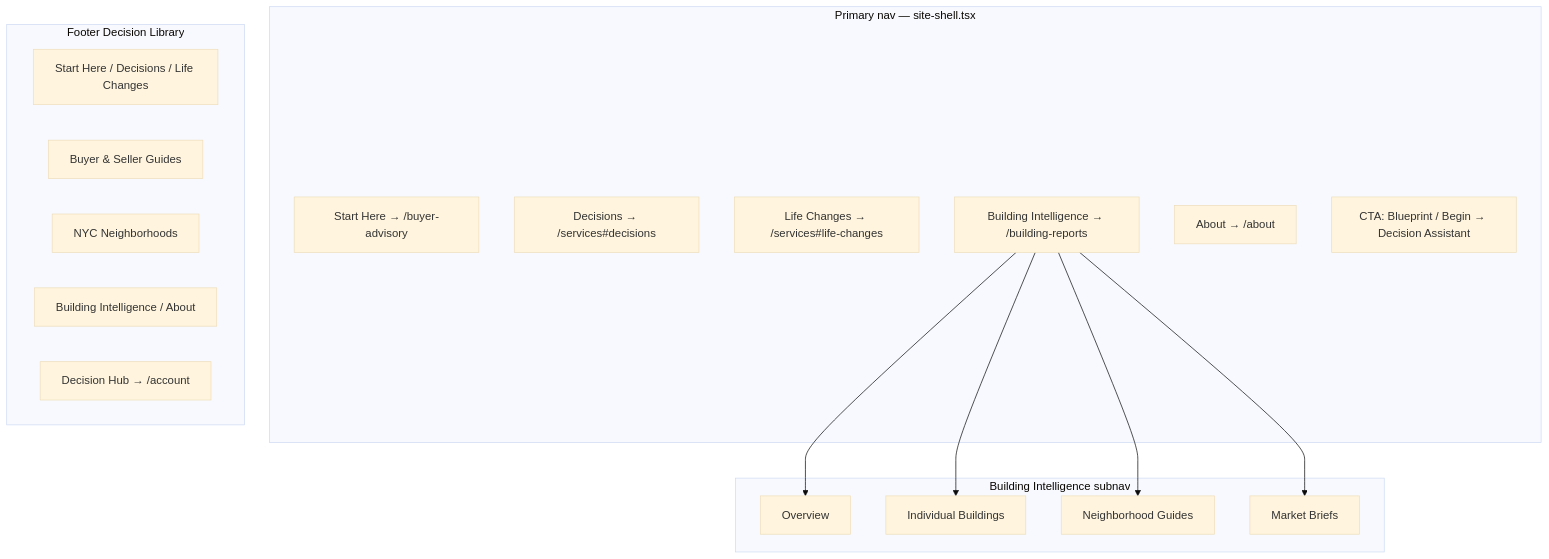
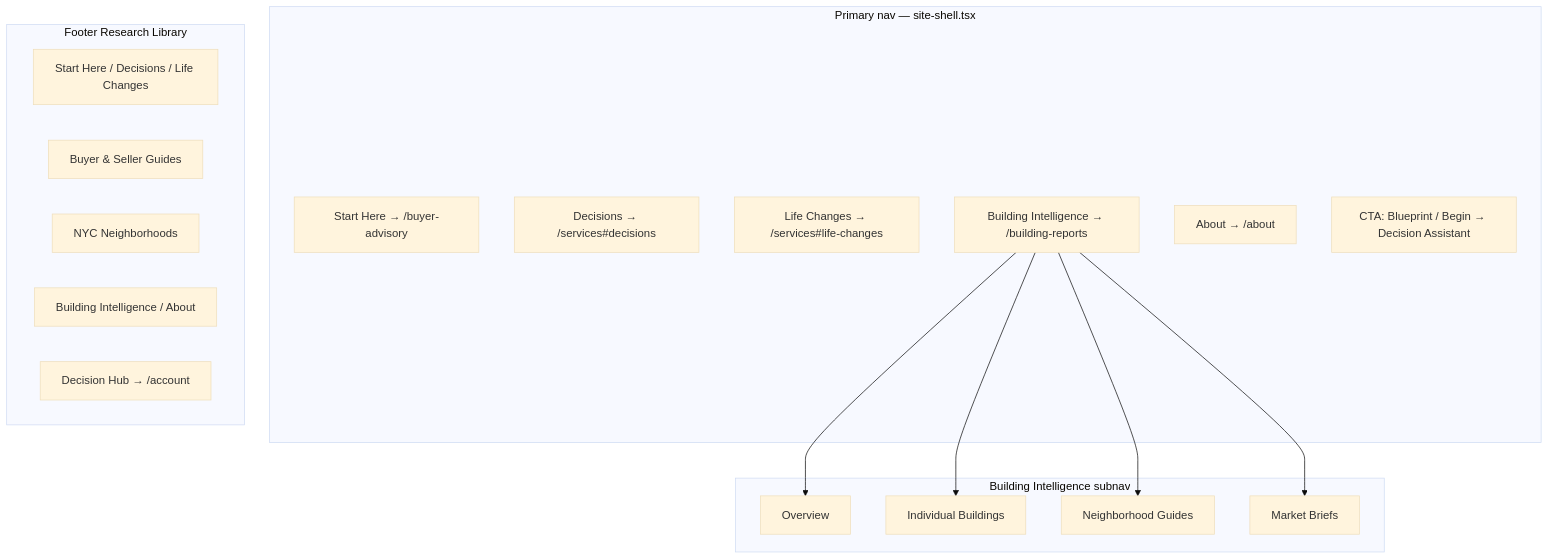
Before and after one commit to rrk3311-USA/AgentKammer: the first of 10 diagrams in docs/architecture/SYSTEM-DESIGN.md, drawn with Mermaid (base theme). The commit also changed other lines of this file and 31 other files, not shown here.

````diff
--- a/docs/architecture/SYSTEM-DESIGN.md
+++ b/docs/architecture/SYSTEM-DESIGN.md
@@ -146,26 +146,26 @@
 ```mermaid
 flowchart TB
   subgraph Header["Primary nav — site-shell.tsx"]
     A[Start Here → /buyer-advisory]
     B[Decisions → /services#decisions]
     C[Life Changes → /services#life-changes]
     D[Building Intelligence → /building-reports]
     E[About → /about]
     F[CTA: Blueprint / Begin → Decision Assistant]
   end
 
   subgraph BI["Building Intelligence subnav"]
     D --> D1[Overview]
     D --> D2[Individual Buildings]
     D --> D3[Neighborhood Guides]
     D --> D4[Market Briefs]
   end
 
-  subgraph Footer["Footer Decision Library"]
+  subgraph Footer["Footer Research Library"]
     G[Start Here / Decisions / Life Changes]
     H[Buyer & Seller Guides]
     I[NYC Neighborhoods]
     J[Building Intelligence / About]
     K[Decision Hub → /account]
   end
 ```
````
